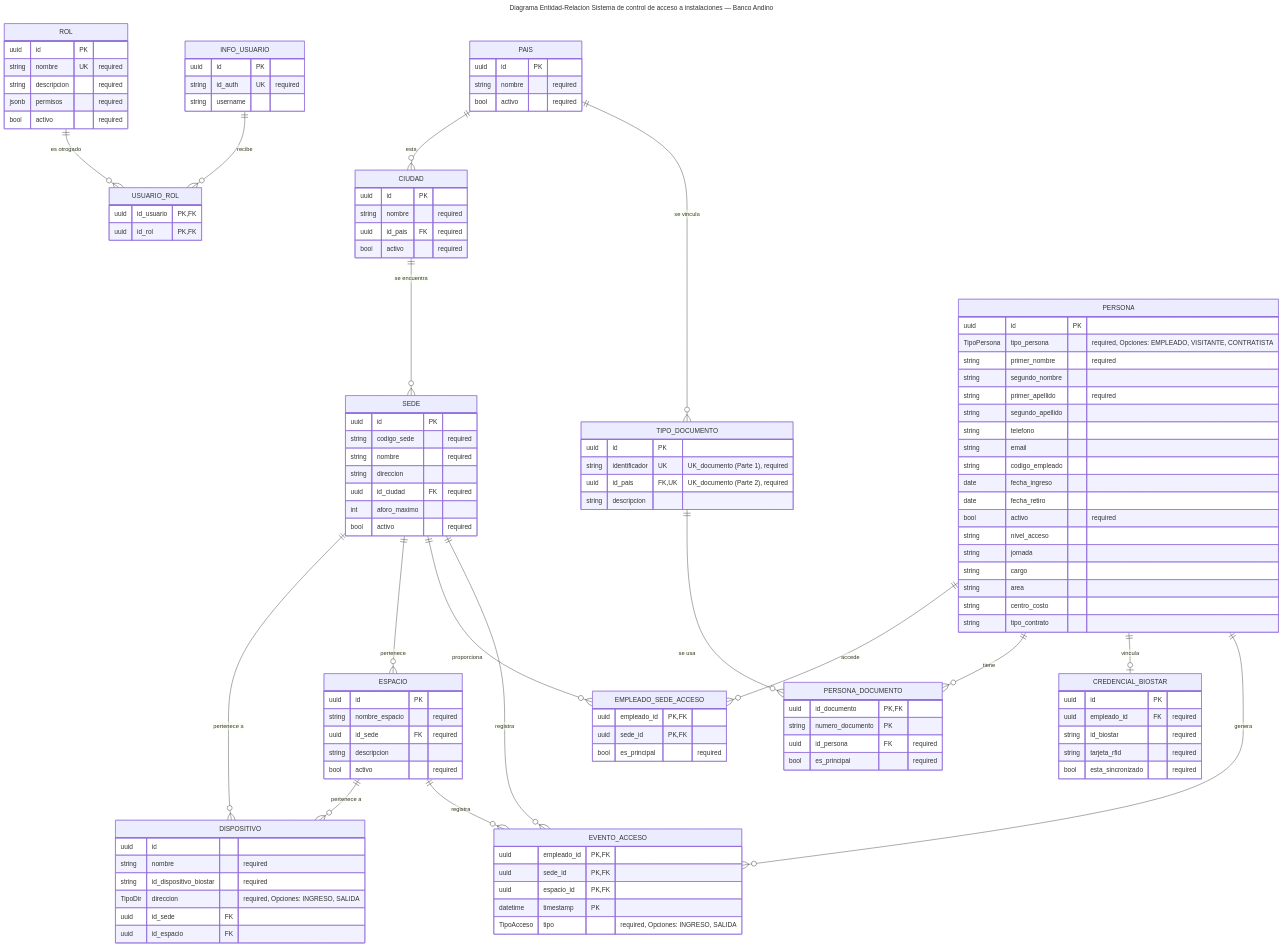
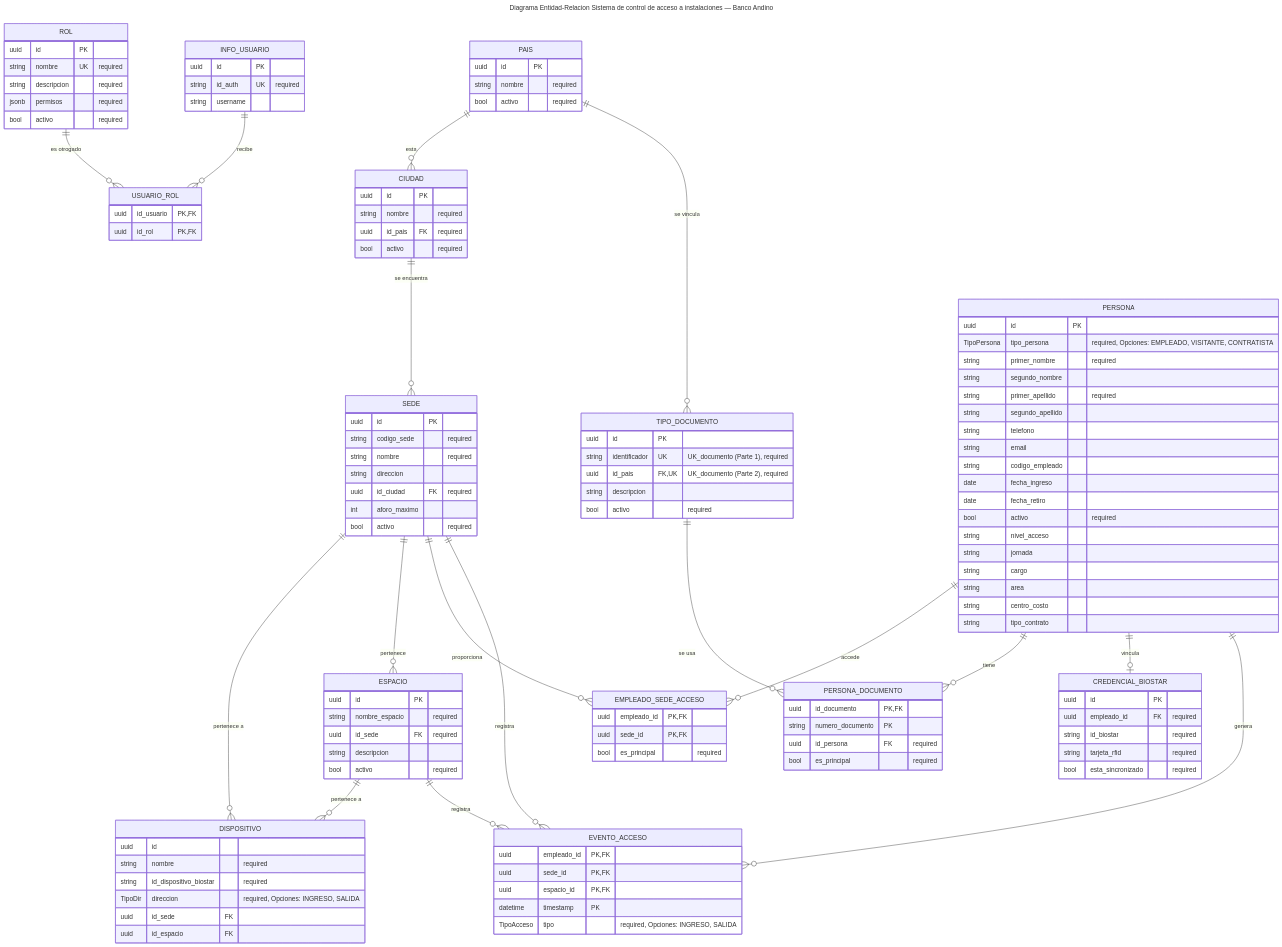
Before and after one commit to HarDep/banco-andino-access-control: the diagram in entidad-relacion.md, drawn with Mermaid. The commit also changed 45 other files, not shown here.

```diff
--- a/entidad-relacion.md
+++ b/entidad-relacion.md
@@ -78,6 +78,7 @@
         string identificador UK "UK_documento (Parte 1), required"
         uuid id_pais FK, UK "UK_documento (Parte 2), required"
         string descripcion
+        bool activo "required"
     }
     PERSONA {
         uuid id PK
```
